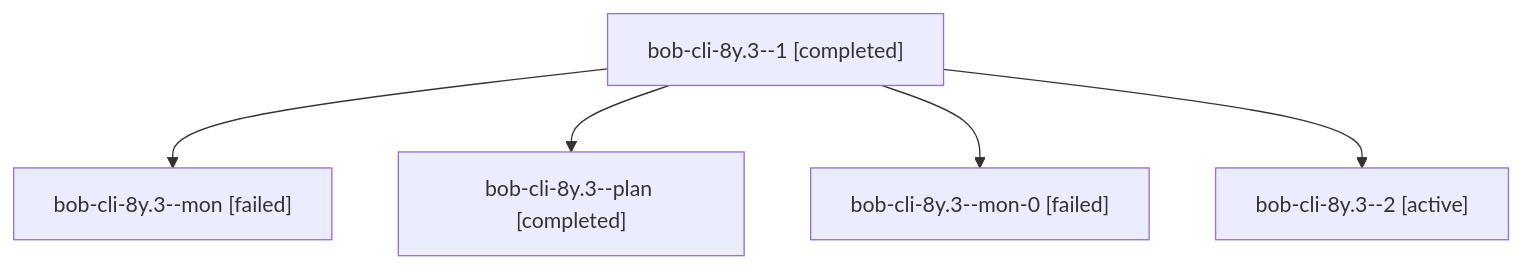
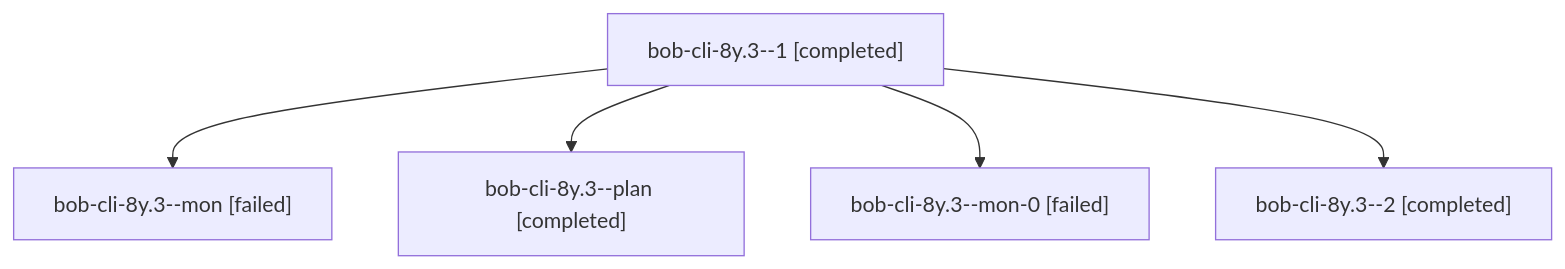
The diagram in sessions/bbugyi200.athena.bob-cli-8y.3.md (bobs-org/bob-cli--agents), drawn with Mermaid before and after one commit. The commit also changed other lines of this file and 34 other files, not shown here.

````diff
--- a/sessions/bbugyi200.athena.bob-cli-8y.3.md
+++ b/sessions/bbugyi200.athena.bob-cli-8y.3.md
@@ -9,12 +9,12 @@
 ```mermaid
 flowchart TD
   n0["bob-cli-8y.3--1 [completed]"]
   n1["bob-cli-8y.3--mon [failed]"]
   n0 --> n1
   n2["bob-cli-8y.3--plan [completed]"]
   n0 --> n2
   n3["bob-cli-8y.3--mon-0 [failed]"]
   n0 --> n3
-  n4["bob-cli-8y.3--2 [active]"]
+  n4["bob-cli-8y.3--2 [completed]"]
   n0 --> n4
 ```
````
